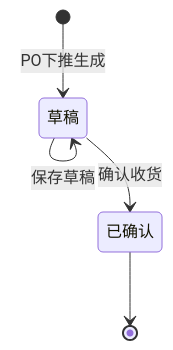
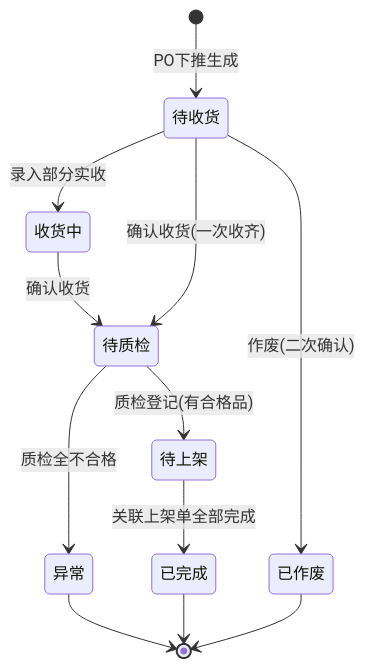
Before and after one commit to lophyJessica/forge-crm: the diagram in prd-docs/入库管理/收货单/收货单_业务规则规格.md, drawn with Mermaid. The commit also changed other lines of this file and 50 other files, not shown here.

````diff
--- a/prd-docs/入库管理/收货单/收货单_业务规则规格.md
+++ b/prd-docs/入库管理/收货单/收货单_业务规则规格.md
@@ -10,7 +10,14 @@
 ```mermaid
 stateDiagram-v2
-    [*] --> 草稿: PO下推生成
-    草稿 --> 草稿: 保存草稿
-    草稿 --> 已确认: 确认收货
-    已确认 --> [*]
+    [*] --> 待收货: PO下推生成
+    待收货 --> 收货中: 录入部分实收
+    待收货 --> 已作废: 作废(二次确认)
+    收货中 --> 待质检: 确认收货
+    待收货 --> 待质检: 确认收货(一次收齐)
+    待质检 --> 待上架: 质检登记(有合格品)
+    待质检 --> 异常: 质检全不合格
+    待上架 --> 已完成: 关联上架单全部完成
+    异常 --> [*]
+    已完成 --> [*]
+    已作废 --> [*]
 ```
````
